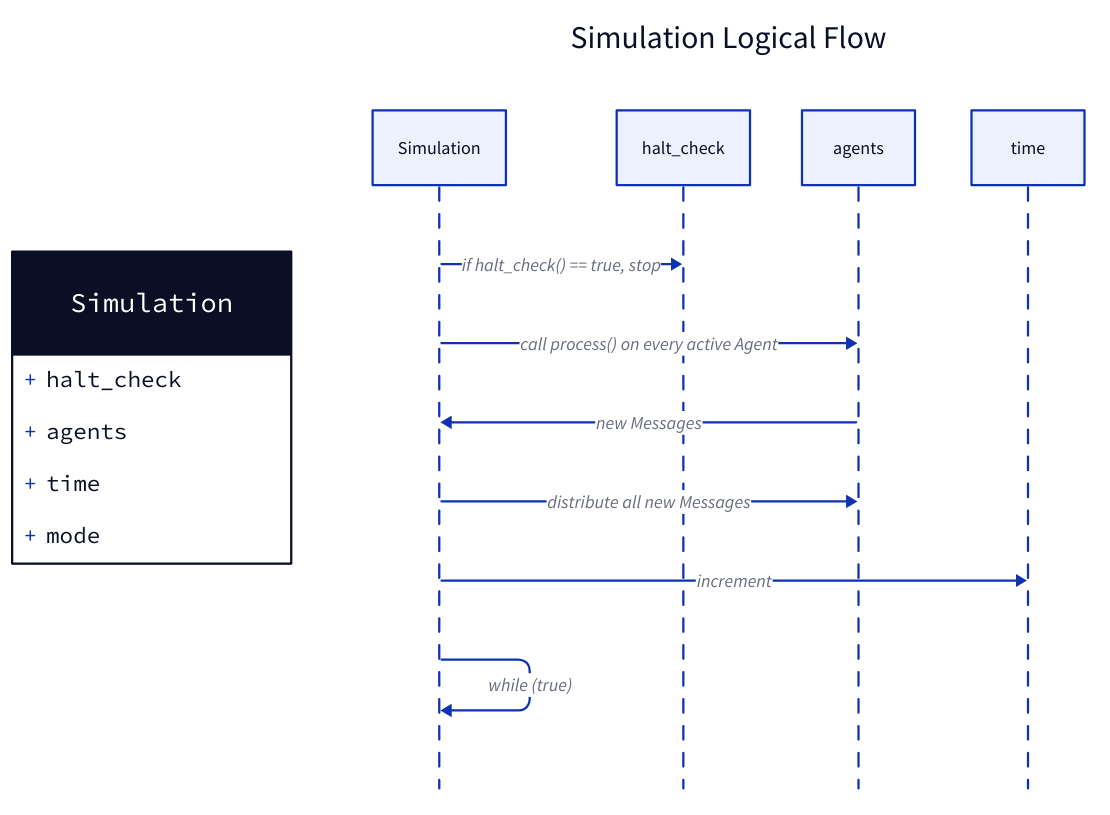
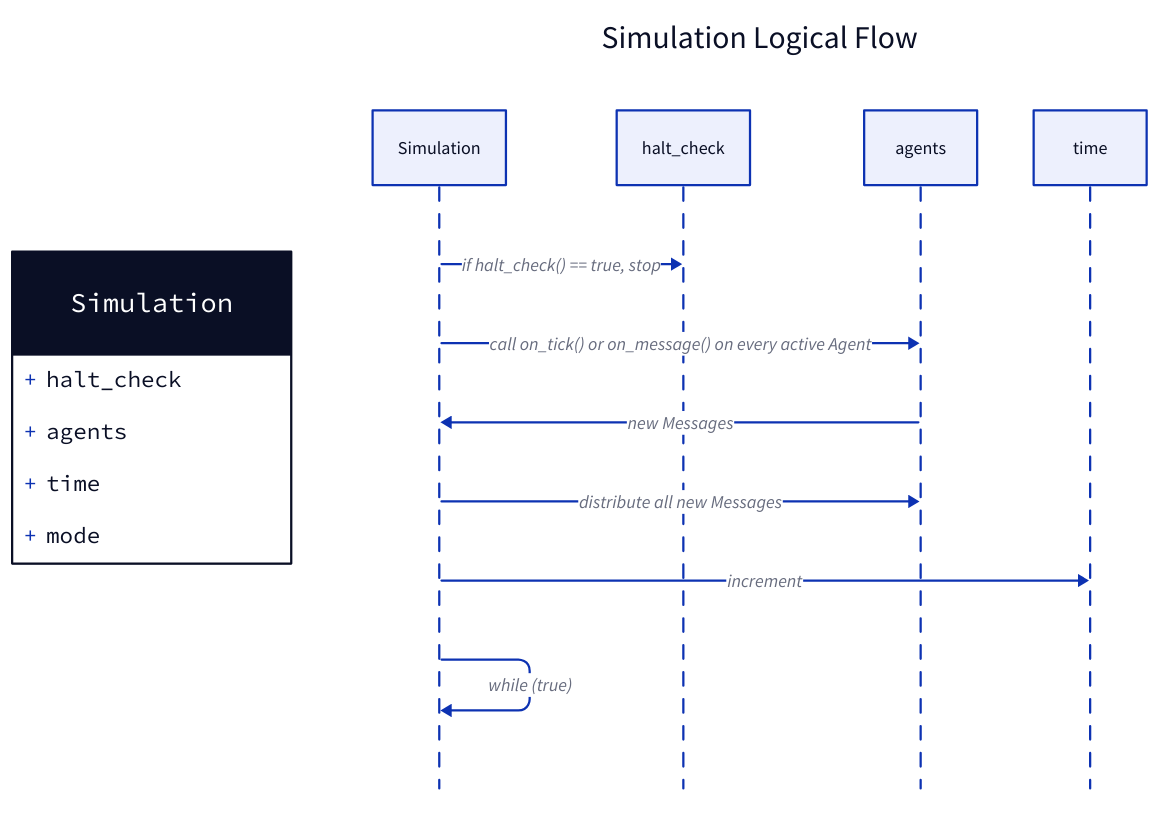
The diagram in diagrams/control_flow.d2 (jmqd/simul), drawn with D2 before and after one commit. The commit also changed 2 other files, not shown here.

```diff
--- a/diagrams/control_flow.d2
+++ b/diagrams/control_flow.d2
@@ -1,21 +1,21 @@
 Simulation: {
   shape: class
 
   halt_check
   agents
   time
   mode
 }
 
 Simulation Logical Flow: {
   shape: sequence_diagram
 
   Simulation -> halt_check: "if halt_check() == true, stop"
-  Simulation -> agents: call process() on every active Agent
+  Simulation -> agents: call on_tick() or on_message() on every active Agent
   agents -> Simulation: new Messages
   Simulation -> agents: distribute all new Messages
 
   Simulation -> time: increment
 
   Simulation -> Simulation: "while (true)"
 }
```
